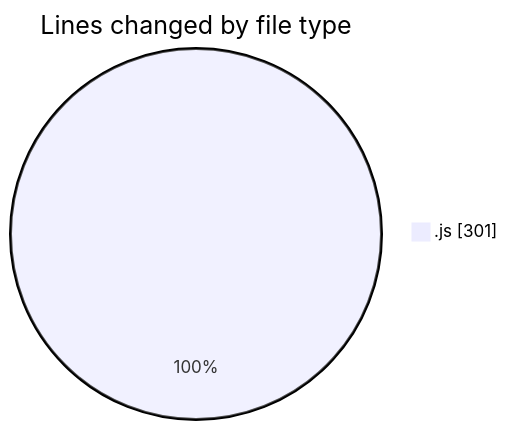
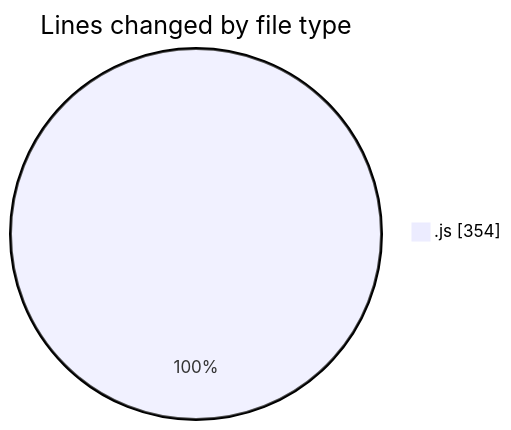
One commit to nxtqubesakshisongat/code-tracking changed the first of 2 diagrams in 2025-11-09/nxtqube_webapp/README.md. Above: the diagram before and after it, drawn with Mermaid. The commit also changed other lines of this file and 1 other file, not shown here.

````diff
--- a/2025-11-09/nxtqube_webapp/README.md
+++ b/2025-11-09/nxtqube_webapp/README.md
@@ -20,5 +20,5 @@
 ```mermaid
 pie showData
 title Lines changed by file type
-".js" : 301
+".js" : 354
 ```
````
